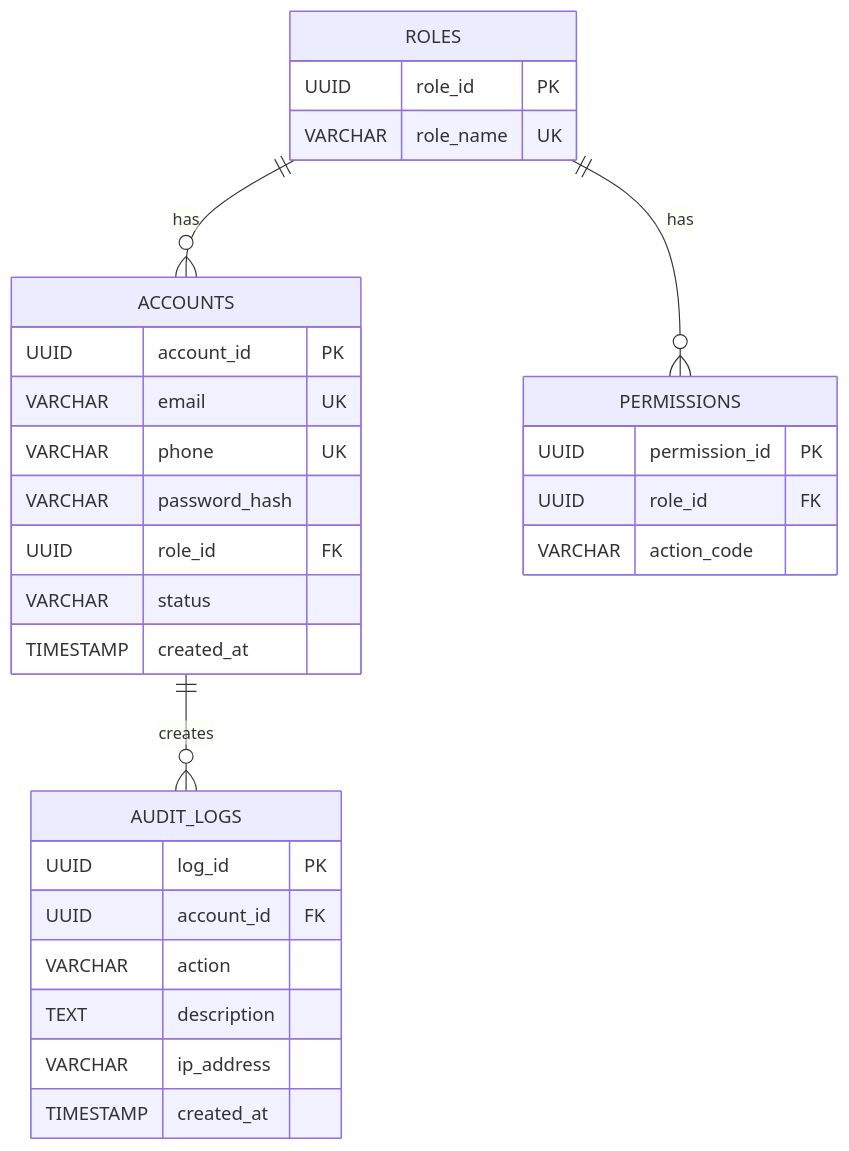
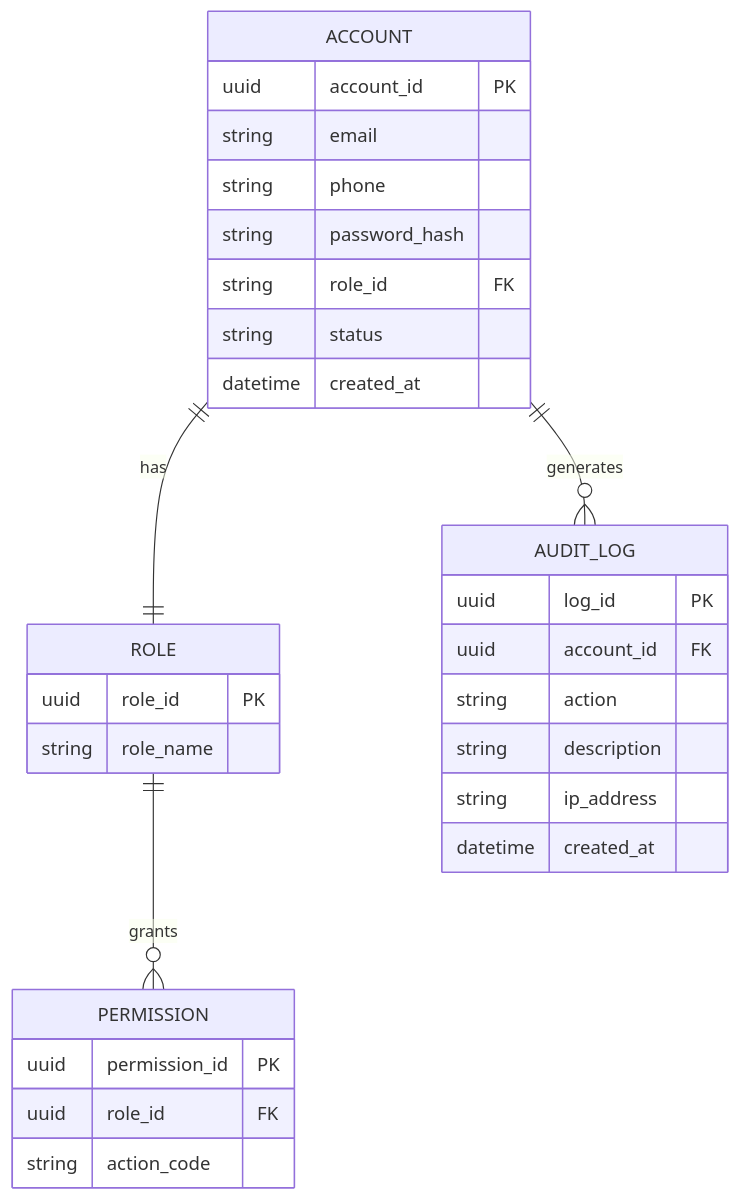
One commit to LeThiThuyAn1/23682411_LeThiThuyAn_Cabsystem changed the first of 11 diagrams in Microservice_Design.md. Above: the diagram before and after it, drawn with Mermaid. The commit also changed other lines of this file, not shown here.

````diff
--- a/Microservice_Design.md
+++ b/Microservice_Design.md
@@ -40,37 +38,33 @@
 ```mermaid
 erDiagram
+    ACCOUNT ||--|| ROLE : "has"
+    ROLE ||--o{ PERMISSION : "grants"
+    ACCOUNT ||--o{ AUDIT_LOG : "generates"
 
-    ROLES ||--o{ ACCOUNTS : "has"
-    ROLES ||--o{ PERMISSIONS : "has"
-    ACCOUNTS ||--o{ AUDIT_LOGS : "creates"
-
-    ROLES {
-        UUID role_id PK
-        VARCHAR role_name UK
+    ACCOUNT {
+        uuid account_id PK
+        string email
+        string phone
+        string password_hash
+        string role_id FK
+        string status
+        datetime created_at
     }
-
-    ACCOUNTS {
-        UUID account_id PK
-        VARCHAR email UK
-        VARCHAR phone UK
-        VARCHAR password_hash
-        UUID role_id FK
-        VARCHAR status
-        TIMESTAMP created_at
+    ROLE {
+        uuid role_id PK
+        string role_name
     }
-
-    PERMISSIONS {
-        UUID permission_id PK
-        UUID role_id FK
-        VARCHAR action_code
+    PERMISSION {
+        uuid permission_id PK
+        uuid role_id FK
+        string action_code
     }
-
-    AUDIT_LOGS {
-        UUID log_id PK
-        UUID account_id FK
-        VARCHAR action
-        TEXT description
-        VARCHAR ip_address
-        TIMESTAMP created_at
+    AUDIT_LOG {
+        uuid log_id PK
+        uuid account_id FK
+        string action
+        string description
+        string ip_address
+        datetime created_at
     }
 ```
````
